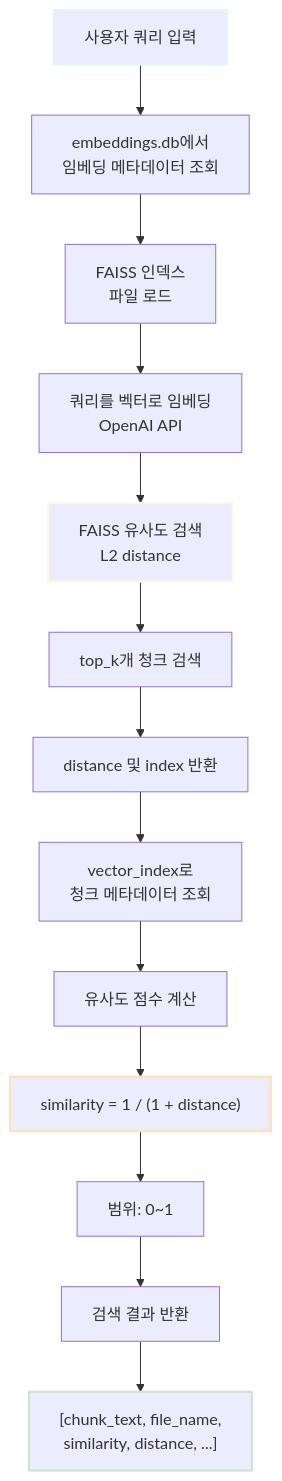
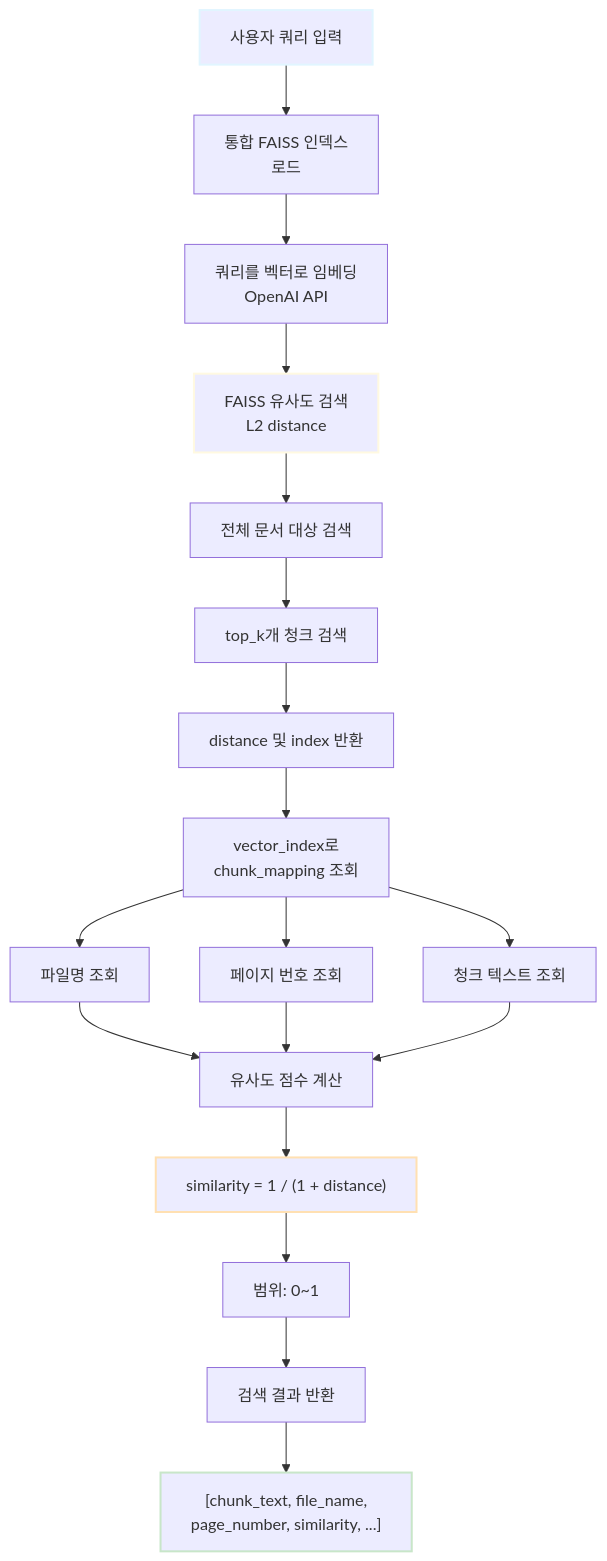
The fourth of 11 diagrams in docs/doc/시스템_아키텍처_설계서.md (c0z0c/codeit_ai_g2b_search), drawn with Mermaid before and after one commit. The commit also changed other lines of this file and 7 other files, not shown here.

````diff
--- a/docs/doc/시스템_아키텍처_설계서.md
+++ b/docs/doc/시스템_아키텍처_설계서.md
@@ -272,20 +276,25 @@
 ```mermaid
 flowchart TD
-    A[사용자 쿼리 입력] --> B[embeddings.db에서<br/>임베딩 메타데이터 조회]
-    B --> C[FAISS 인덱스<br/>파일 로드]
-    C --> D[쿼리를 벡터로 임베딩<br/>OpenAI API]
-    D --> E[FAISS 유사도 검색<br/>L2 distance]
-    E --> E1[top_k개 청크 검색]
-    E1 --> E2[distance 및 index 반환]
-    E2 --> F[vector_index로<br/>청크 메타데이터 조회]
-    F --> G[유사도 점수 계산]
-    G --> G1["similarity = 1 / (1 + distance)"]
-    G1 --> G2[범위: 0~1]
-    G2 --> H[검색 결과 반환]
-    H --> H1["[chunk_text, file_name,<br/>similarity, distance, ...]"]
+    A[사용자 쿼리 입력] --> B[통합 FAISS 인덱스<br/>로드]
+    B --> C[쿼리를 벡터로 임베딩<br/>OpenAI API]
+    C --> D[FAISS 유사도 검색<br/>L2 distance]
+    D --> D1[전체 문서 대상 검색]
+    D1 --> D2[top_k개 청크 검색]
+    D2 --> D3[distance 및 index 반환]
+    D3 --> E[vector_index로<br/>chunk_mapping 조회]
+    E --> E1[파일명 조회]
+    E --> E2[페이지 번호 조회]
+    E --> E3[청크 텍스트 조회]
+    E1 --> F[유사도 점수 계산]
+    E2 --> F
+    E3 --> F
+    F --> F1["similarity = 1 / (1 + distance)"]
+    F1 --> F2[범위: 0~1]
+    F2 --> G[검색 결과 반환]
+    G --> G1["[chunk_text, file_name,<br/>page_number, similarity, ...]"]
 
     style A stroke-width:2px,stroke:#e1f5ff
-    style H1 stroke-width:2px,stroke:#c8e6c9
-    style E stroke-width:2px,stroke:#fff9e1
-    style G1 stroke-width:2px,stroke:#ffe0b2
+    style G1 stroke-width:2px,stroke:#c8e6c9
+    style D stroke-width:2px,stroke:#fff9e1
+    style F1 stroke-width:2px,stroke:#ffe0b2
 ```
````
